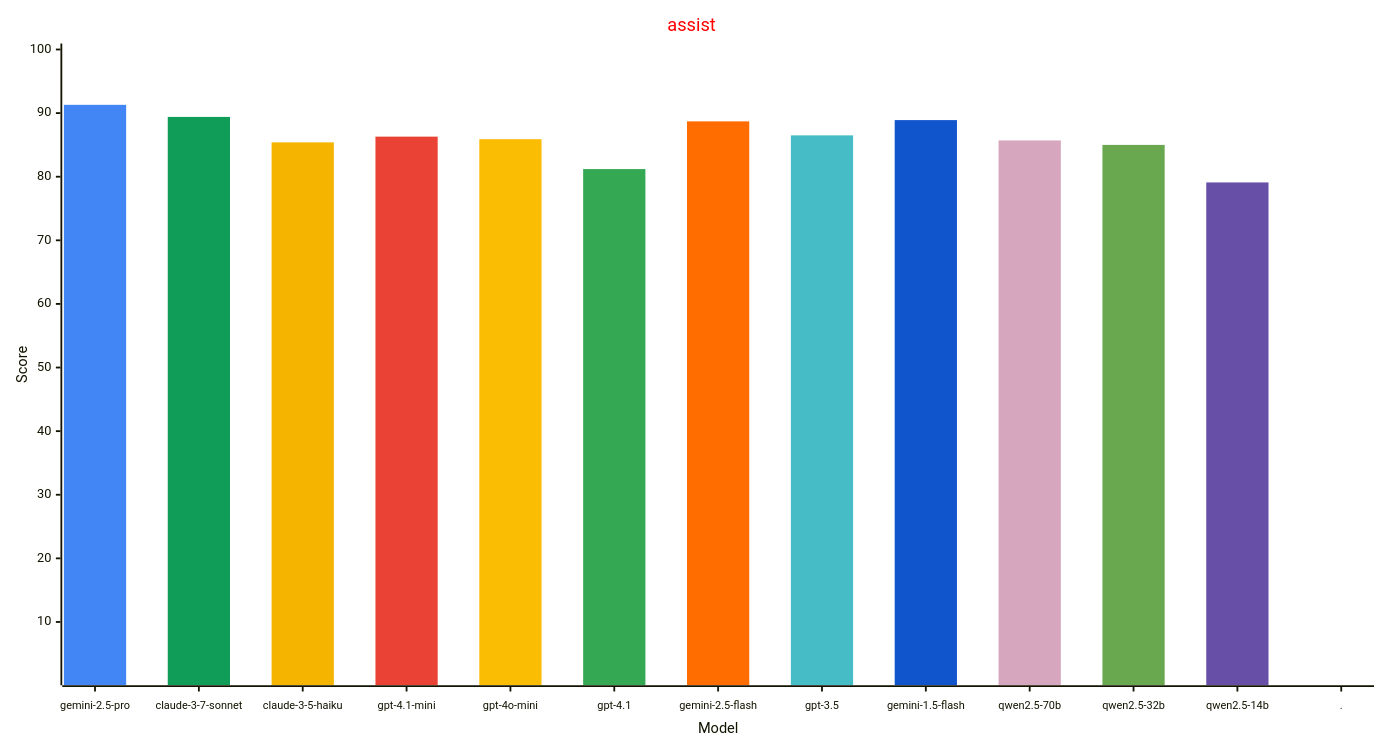
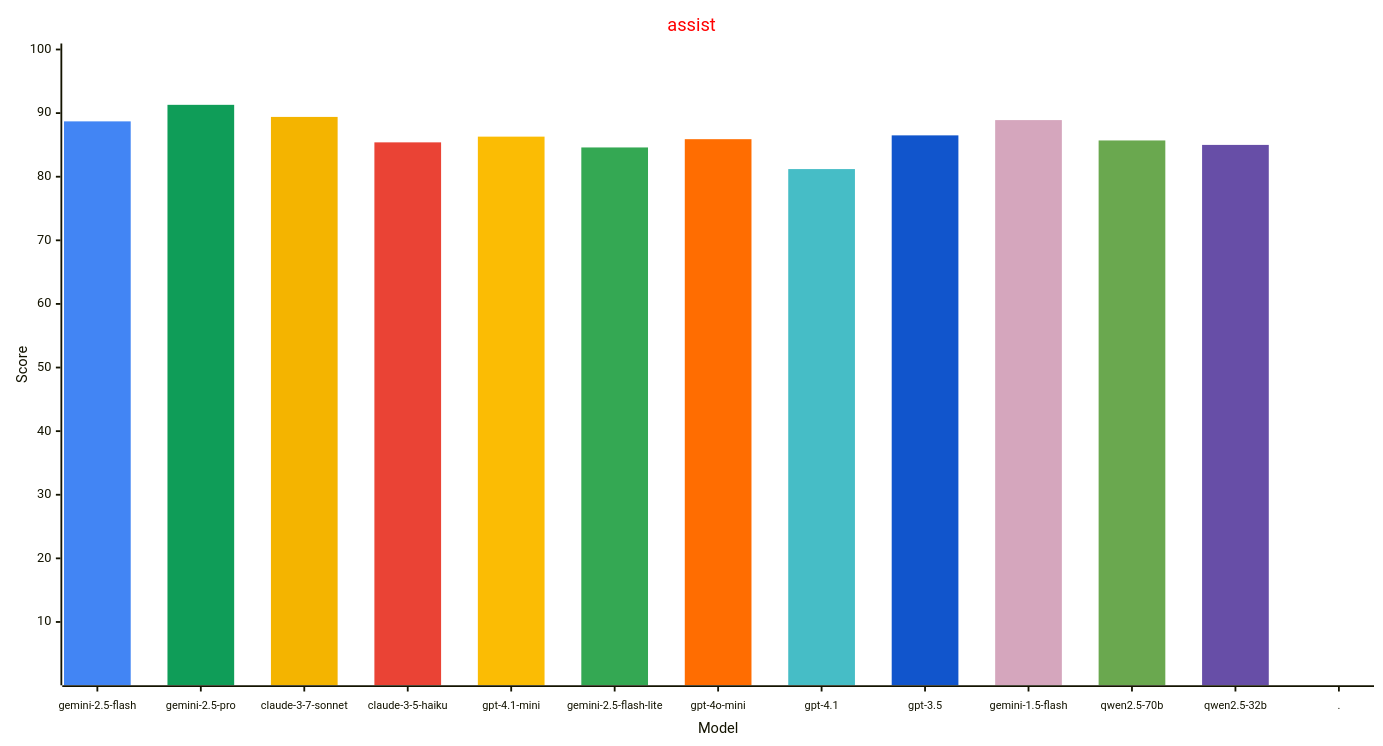
One commit to allenporter/home-assistant-datasets changed the first of 4 diagrams in reports/README.md. Above: the diagram before and after it, drawn with Mermaid. The commit also changed other lines of this file, not shown here.

````diff
--- a/reports/README.md
+++ b/reports/README.md
@@ -48,33 +50,33 @@
 ```mermaid
 ---
 config:
     xyChart:
         width: 1500
         height: 800
         xAxis:
           labelFontSize: 12
           labelPadding: 8
     themeVariables:
         xyChart:
             titleColor: "#ff0000"
             plotColorPalette: "#4285f4, #0f9d58, #f4b400, #ea4335, #fbbc04, #34a853, #ff6d01, #46bdc6, #1155cc, #d5a6bd, #6aa84f, #674ea7, #4285f4"
 
 ---
 xychart-beta
   title "assist"
-  x-axis "Model" [gemini-2.5-pro, claude-3-7-sonnet, claude-3-5-haiku, gpt-4.1-mini, gpt-4o-mini, gpt-4.1, gemini-2.5-flash, gpt-3.5, gemini-1.5-flash, qwen2.5-70b, qwen2.5-32b, qwen2.5-14b, .]
+  x-axis "Model" [gemini-2.5-flash, gemini-2.5-pro, claude-3-7-sonnet, claude-3-5-haiku, gpt-4.1-mini, gemini-2.5-flash-lite, gpt-4o-mini, gpt-4.1, gpt-3.5, gemini-1.5-flash, qwen2.5-70b, qwen2.5-32b, .]
   y-axis "Score" 1 --> 100
-  bar [91.3, 0.0, 0.0, 0.0, 0.0, 0.0, 0.0, 0.0, 0.0, 0.0, 0.0, 0.0, 0.0]
-  bar [0.0, 89.4, 0.0, 0.0, 0.0, 0.0, 0.0, 0.0, 0.0, 0.0, 0.0, 0.0, 0.0]
-  bar [0.0, 0.0, 85.4, 0.0, 0.0, 0.0, 0.0, 0.0, 0.0, 0.0, 0.0, 0.0, 0.0]
-  bar [0.0, 0.0, 0.0, 86.3, 0.0, 0.0, 0.0, 0.0, 0.0, 0.0, 0.0, 0.0, 0.0]
-  bar [0.0, 0.0, 0.0, 0.0, 85.9, 0.0, 0.0, 0.0, 0.0, 0.0, 0.0, 0.0, 0.0]
-  bar [0.0, 0.0, 0.0, 0.0, 0.0, 81.2, 0.0, 0.0, 0.0, 0.0, 0.0, 0.0, 0.0]
-  bar [0.0, 0.0, 0.0, 0.0, 0.0, 0.0, 88.7, 0.0, 0.0, 0.0, 0.0, 0.0, 0.0]
-  bar [0.0, 0.0, 0.0, 0.0, 0.0, 0.0, 0.0, 86.5, 0.0, 0.0, 0.0, 0.0, 0.0]
-  bar [0.0, 0.0, 0.0, 0.0, 0.0, 0.0, 0.0, 0.0, 88.9, 0.0, 0.0, 0.0, 0.0]
-  bar [0.0, 0.0, 0.0, 0.0, 0.0, 0.0, 0.0, 0.0, 0.0, 85.7, 0.0, 0.0, 0.0]
-  bar [0.0, 0.0, 0.0, 0.0, 0.0, 0.0, 0.0, 0.0, 0.0, 0.0, 85.0, 0.0, 0.0]
-  bar [0.0, 0.0, 0.0, 0.0, 0.0, 0.0, 0.0, 0.0, 0.0, 0.0, 0.0, 79.1, 0.0]
+  bar [88.7, 0.0, 0.0, 0.0, 0.0, 0.0, 0.0, 0.0, 0.0, 0.0, 0.0, 0.0, 0.0]
+  bar [0.0, 91.3, 0.0, 0.0, 0.0, 0.0, 0.0, 0.0, 0.0, 0.0, 0.0, 0.0, 0.0]
+  bar [0.0, 0.0, 89.4, 0.0, 0.0, 0.0, 0.0, 0.0, 0.0, 0.0, 0.0, 0.0, 0.0]
+  bar [0.0, 0.0, 0.0, 85.4, 0.0, 0.0, 0.0, 0.0, 0.0, 0.0, 0.0, 0.0, 0.0]
+  bar [0.0, 0.0, 0.0, 0.0, 86.3, 0.0, 0.0, 0.0, 0.0, 0.0, 0.0, 0.0, 0.0]
+  bar [0.0, 0.0, 0.0, 0.0, 0.0, 84.6, 0.0, 0.0, 0.0, 0.0, 0.0, 0.0, 0.0]
+  bar [0.0, 0.0, 0.0, 0.0, 0.0, 0.0, 85.9, 0.0, 0.0, 0.0, 0.0, 0.0, 0.0]
+  bar [0.0, 0.0, 0.0, 0.0, 0.0, 0.0, 0.0, 81.2, 0.0, 0.0, 0.0, 0.0, 0.0]
+  bar [0.0, 0.0, 0.0, 0.0, 0.0, 0.0, 0.0, 0.0, 86.5, 0.0, 0.0, 0.0, 0.0]
+  bar [0.0, 0.0, 0.0, 0.0, 0.0, 0.0, 0.0, 0.0, 0.0, 88.9, 0.0, 0.0, 0.0]
+  bar [0.0, 0.0, 0.0, 0.0, 0.0, 0.0, 0.0, 0.0, 0.0, 0.0, 85.7, 0.0, 0.0]
+  bar [0.0, 0.0, 0.0, 0.0, 0.0, 0.0, 0.0, 0.0, 0.0, 0.0, 0.0, 85.0, 0.0]
   bar [0.0, 0.0, 0.0, 0.0, 0.0, 0.0, 0.0, 0.0, 0.0, 0.0, 0.0, 0.0, -1.0]
 ```
````
